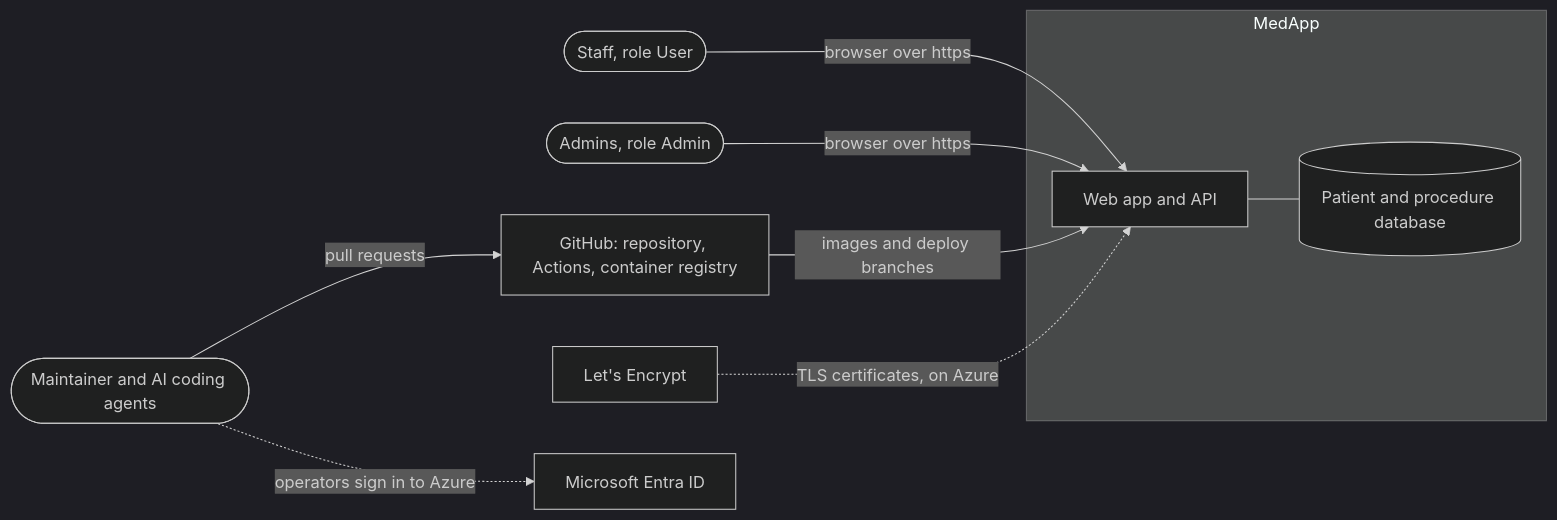
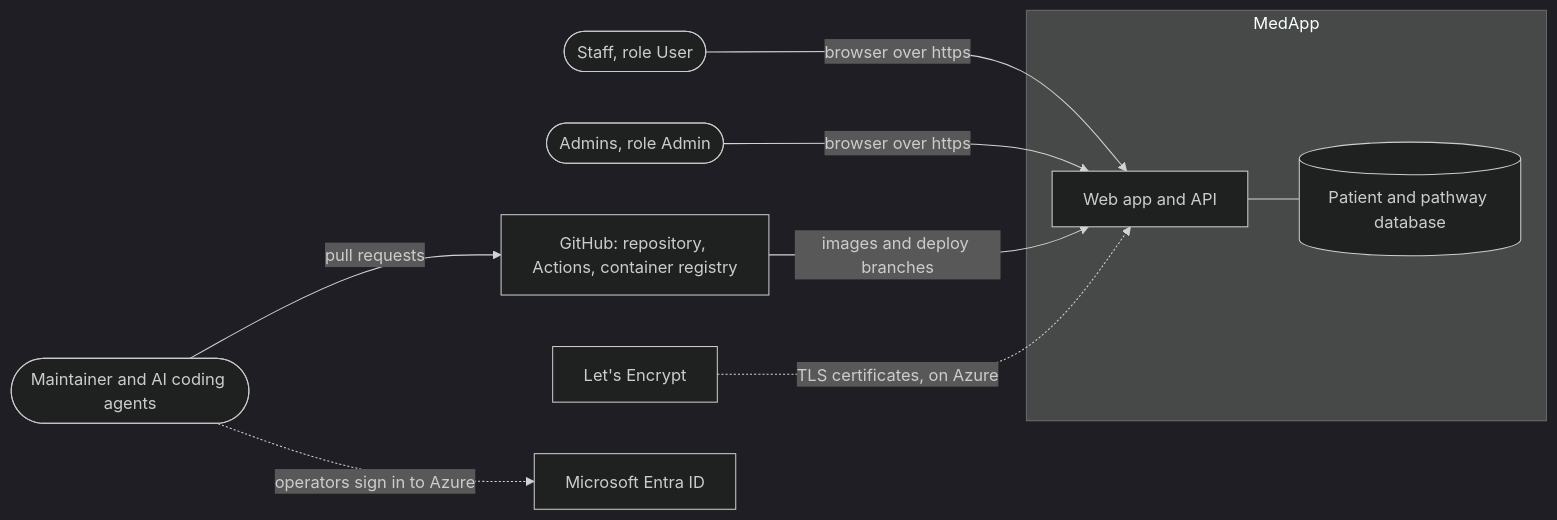
The first of 11 diagrams in docs/architecture.md (Aliator/MedApp), drawn with Mermaid (dark theme) before and after one commit. The commit also changed other lines of this file and 1207 other files, not shown here.

````diff
--- a/docs/architecture.md
+++ b/docs/architecture.md
@@ -171,20 +171,20 @@
 ```mermaid
 flowchart LR
     staff(["Staff, role User"])
     admins(["Admins, role Admin"])
     maint(["Maintainer and AI coding agents"])
     subgraph sys["MedApp"]
       app["Web app and API"]
-      db[("Patient and procedure database")]
+      db[("Patient and pathway database")]
       app --- db
     end
     gh["GitHub: repository, Actions, container registry"]
     le["Let's Encrypt"]
     entra["Microsoft Entra ID"]
     staff -->|"browser over https"| app
     admins -->|"browser over https"| app
     maint -->|"pull requests"| gh
     gh -->|"images and deploy branches"| app
     le -.->|"TLS certificates, on Azure"| app
     maint -.->|"operators sign in to Azure"| entra
 ```
````
